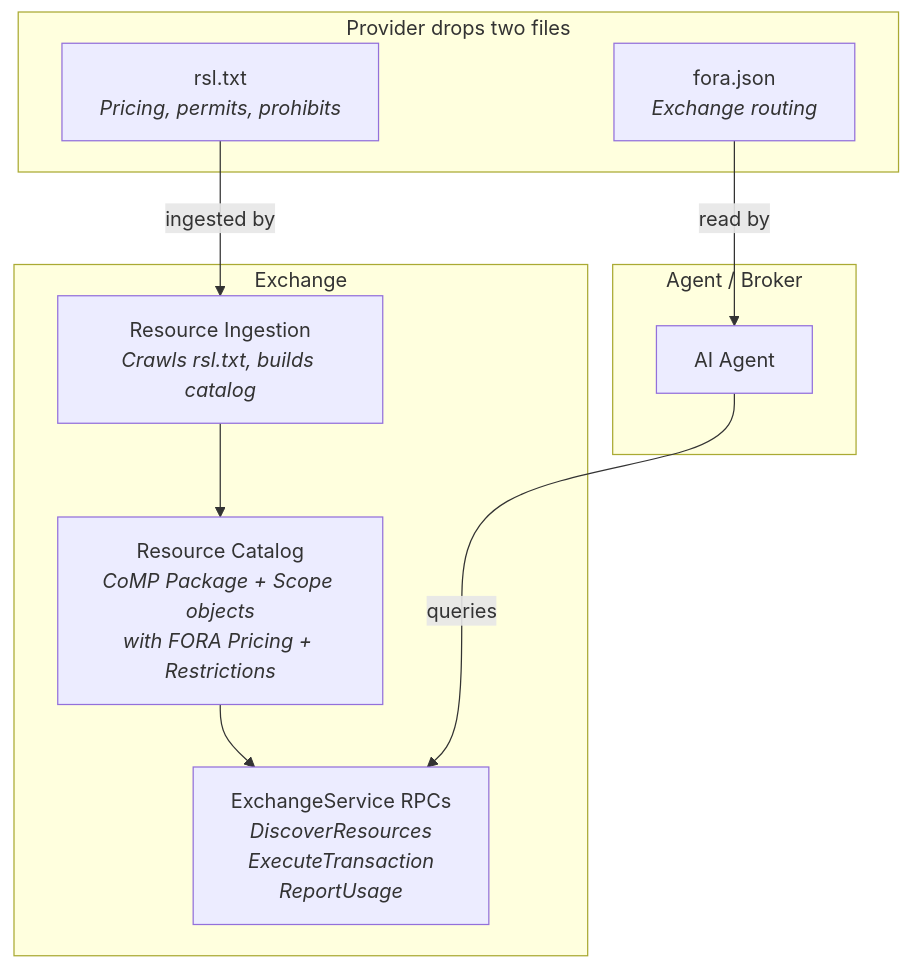
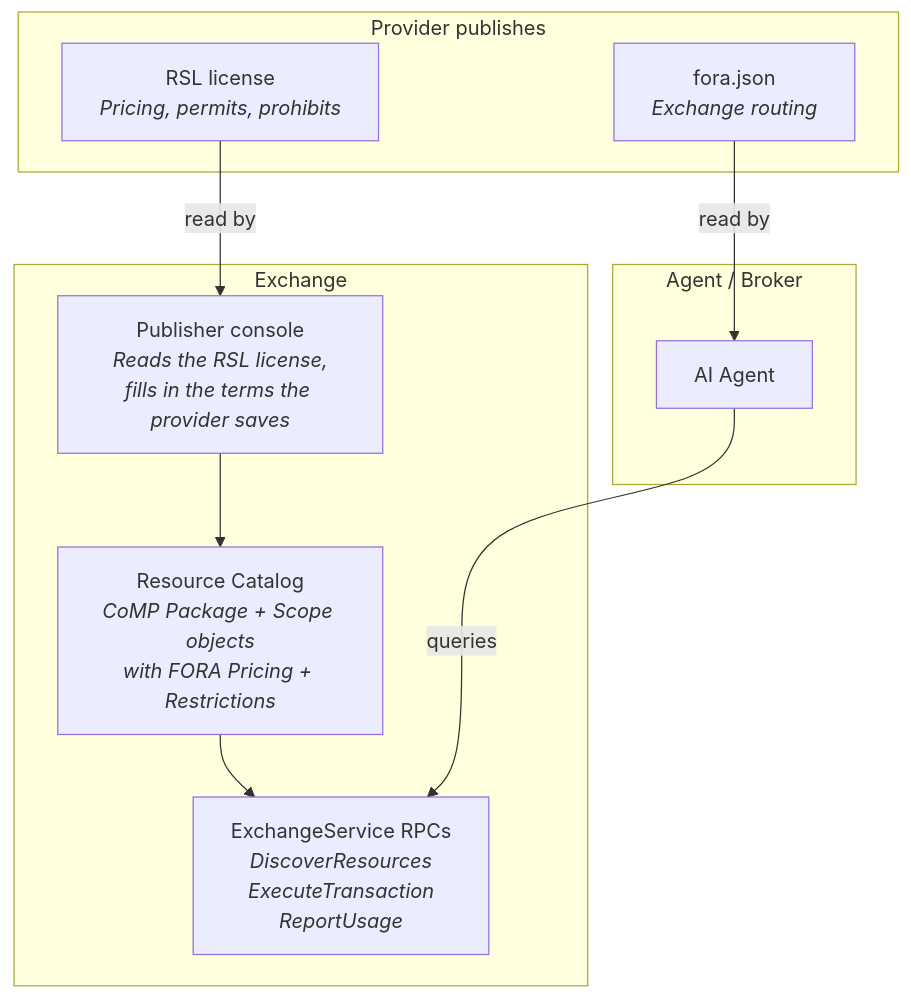
Before and after one commit to FORA-Protocol/protocol: the first of 2 diagrams in website/src/content/docs/protocol/standards-layering.mdx, drawn with Mermaid. The commit also changed other lines of this file, not shown here.

Commit message:
Say where RSL 1.0 puts a license, and how the publisher console reads it

````diff
--- a/website/src/content/docs/protocol/standards-layering.mdx
+++ b/website/src/content/docs/protocol/standards-layering.mdx
@@ -40,23 +40,23 @@
 ```mermaid
 graph TB
-    subgraph "Provider drops two files"
-        RSL["rsl.txt<br/><i>Pricing, permits, prohibits</i>"]
+    subgraph "Provider publishes"
+        RSL["RSL license<br/><i>Pricing, permits, prohibits</i>"]
         PJ["fora.json<br/><i>Exchange routing</i>"]
     end
 
     subgraph "Exchange"
-        Ingest["Resource Ingestion<br/><i>Crawls rsl.txt, builds catalog</i>"]
+        Ingest["Publisher console<br/><i>Reads the RSL license,<br/>fills in the terms the provider saves</i>"]
         Catalog["Resource Catalog<br/><i>CoMP Package + Scope objects<br/>with FORA Pricing + Restrictions</i>"]
         RPC["ExchangeService RPCs<br/><i>DiscoverResources<br/>ExecuteTransaction<br/>ReportUsage</i>"]
     end
 
     subgraph "Agent / Broker"
         Agent["AI Agent"]
     end
 
-    RSL -->|ingested by| Ingest
+    RSL -->|read by| Ingest
     Ingest --> Catalog
     Catalog --> RPC
     PJ -->|read by| Agent
     Agent -->|queries| RPC
 ```
````
